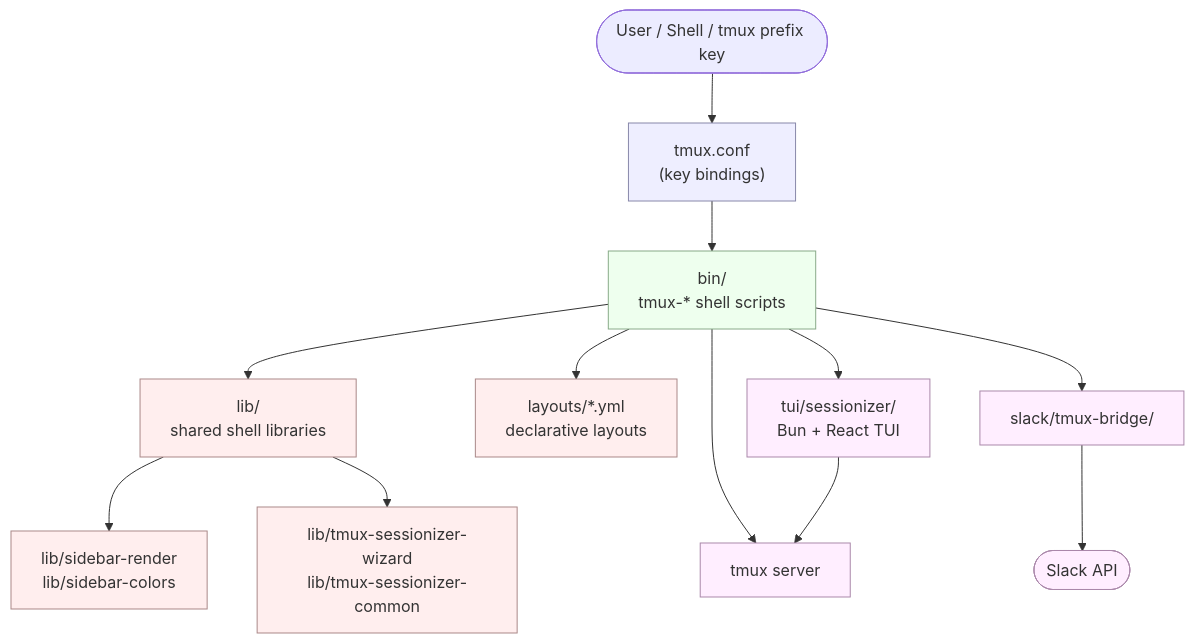
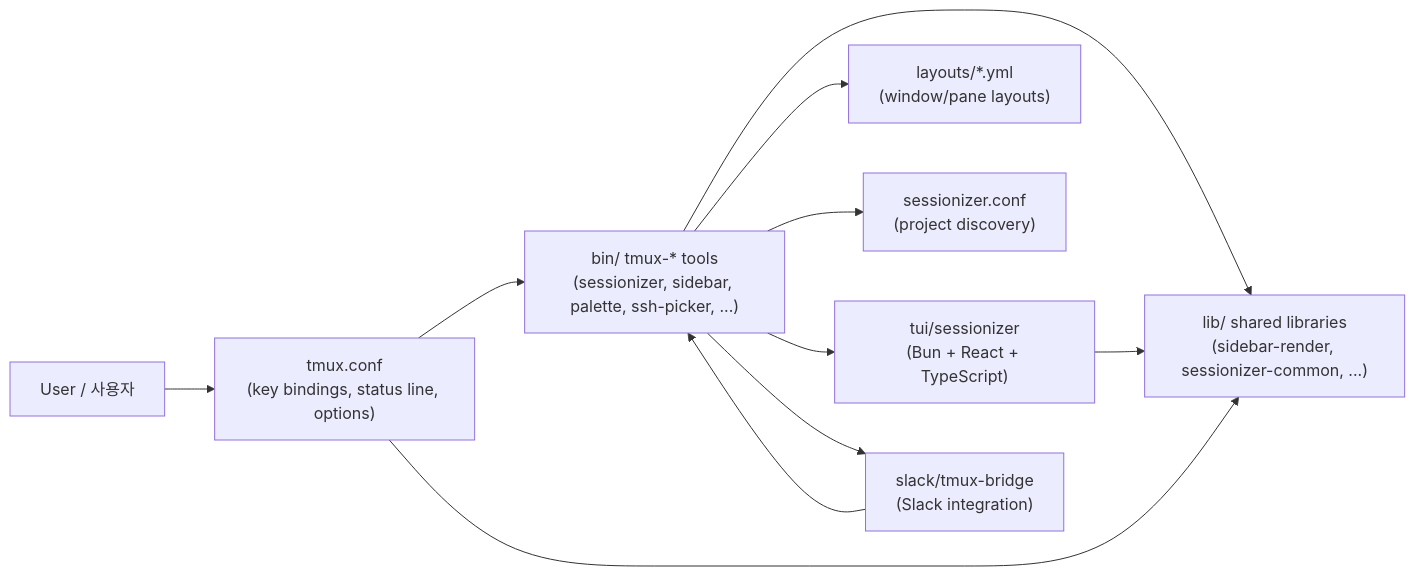
Before and after one commit to jclee941/tmux: the diagram in README.md, drawn with Mermaid. The commit also changed other lines of this file, not shown here.

````diff
--- a/README.md
+++ b/README.md
@@ -129,27 +127,17 @@
 ```mermaid
-flowchart TD
-    User(["User / Shell / tmux prefix key"]) --> TmuxConf["tmux.conf<br/>(key bindings)"]
-    TmuxConf --> Bin["bin/<br/>tmux-* shell scripts"]
+flowchart LR
+  User["User / 사용자"] --> TMUXConf["tmux.conf<br/>(key bindings, status line, options)"]
 
-    Bin --> Lib["lib/<br/>shared shell libraries"]
-    Bin --> Layouts["layouts/*.yml<br/>declarative layouts"]
-    Bin --> Tmux["tmux server"]
+  TMUXConf --> BinLayer["bin/ tmux-* tools<br/>(sessionizer, sidebar, palette, ssh-picker, ...)"]
+  TMUXConf --> LibLayer["lib/ shared libraries<br/>(sidebar-render, sessionizer-common, ...)"]
 
-    Lib --> Sidebar["lib/sidebar-render<br/>lib/sidebar-colors"]
-    Lib --> Wizard["lib/tmux-sessionizer-wizard<br/>lib/tmux-sessionizer-common"]
+  BinLayer --> LibLayer
+  BinLayer --> Layouts["layouts/*.yml<br/>(window/pane layouts)"]
+  BinLayer --> SessionizerConf["sessionizer.conf<br/>(project discovery)"]
 
-    Bin --> TUI["tui/sessionizer/<br/>Bun + React TUI"]
-    TUI --> Tmux
+  BinLayer --> TUI["tui/sessionizer<br/>(Bun + React + TypeScript)"]
+  BinLayer --> Bridge["slack/tmux-bridge<br/>(Slack integration)"]
 
-    Bin --> Slack["slack/tmux-bridge/"]
-    Slack --> SlackAPI(["Slack API"])
-
-    classDef config fill:#eef,stroke:#88a;
-    classDef script fill:#efe,stroke:#8a8;
-    classDef lib fill:#fee,stroke:#a88;
-    classDef ext fill:#fef,stroke:#a8a;
-    class TmuxConf config;
-    class Bin script;
-    class Lib,Sidebar,Wizard,Layouts lib;
-    class TUI,Slack,Tmux,SlackAPI ext;
+  TUI --> LibLayer
+  Bridge --> BinLayer
 ```
````
